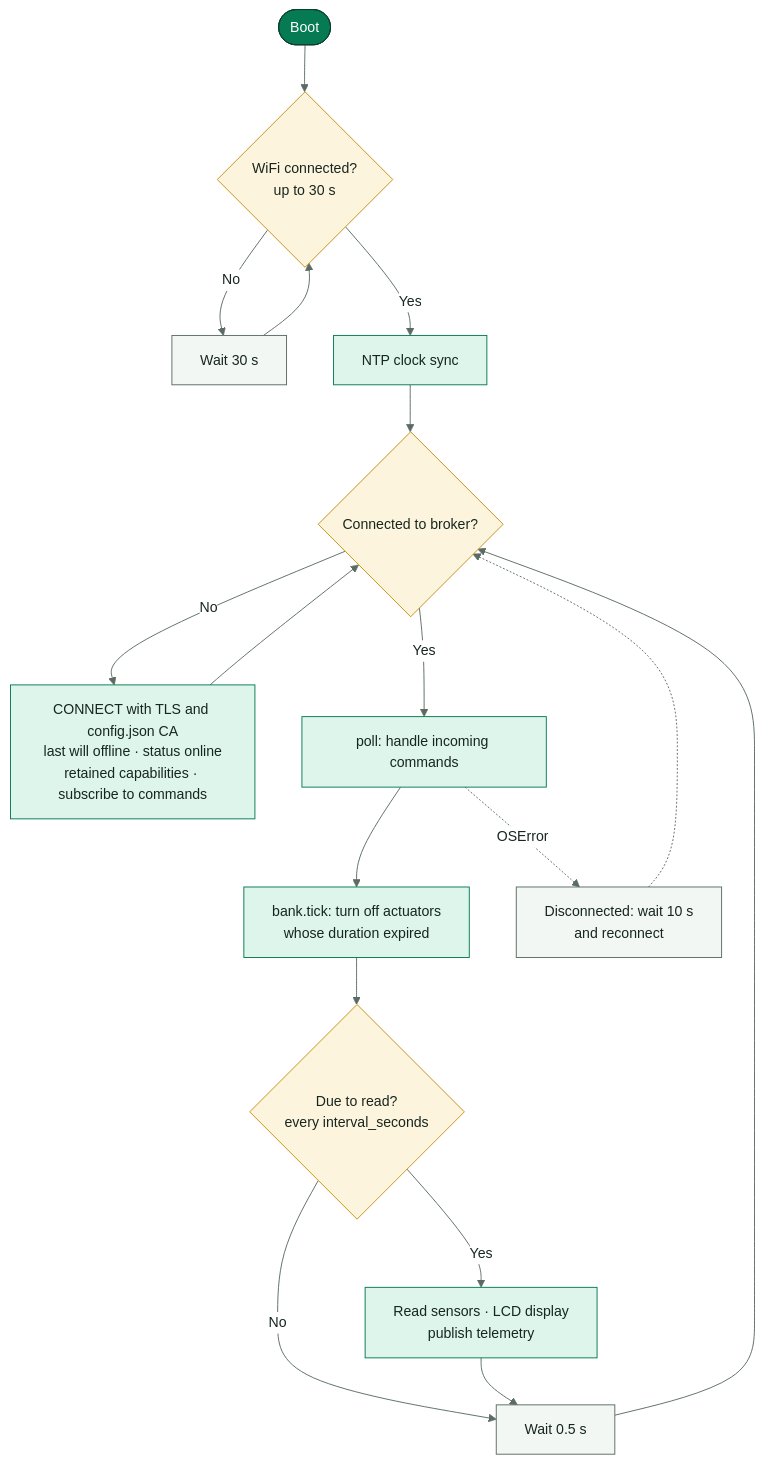
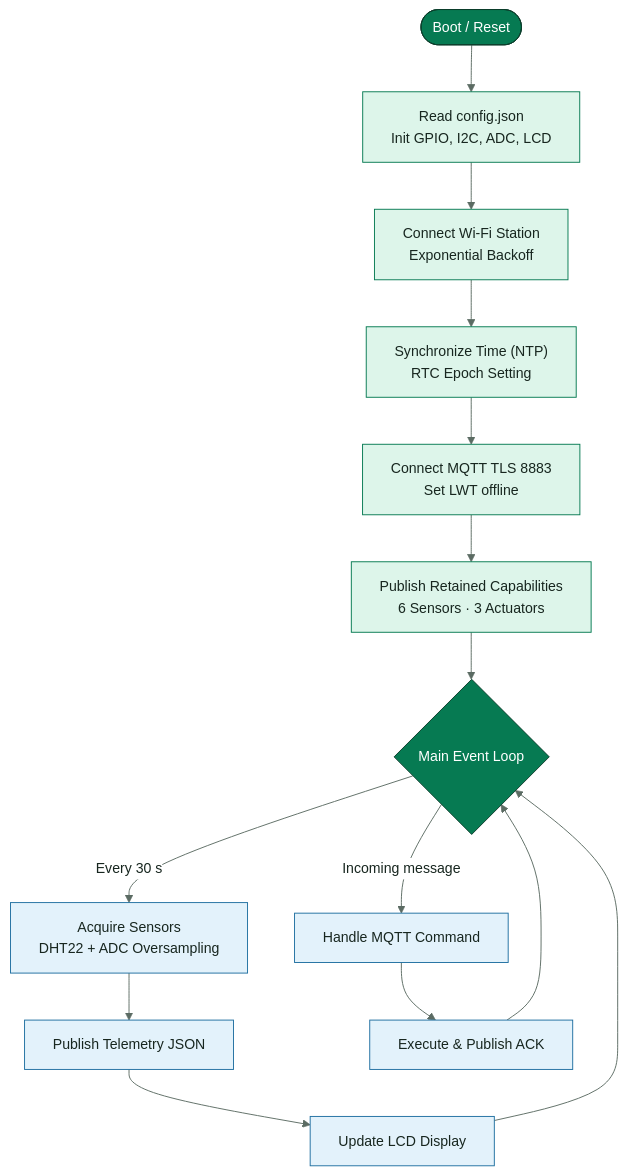
Before and after one commit to SmartPotTech/SmartPot-IoT-Python: the second of 3 diagrams in docs/SmartPot_IoT_Documentation.md, drawn with Mermaid. The commit also changed other lines of this file and 12 other files, not shown here.

Commit message:
docs(specs): synchronize 100% english documentation, diagrams, and formal deliverables

````diff
--- a/docs/SmartPot_IoT_Documentation.md
+++ b/docs/SmartPot_IoT_Documentation.md
@@ -102,28 +86,23 @@
 ```mermaid
 %%{init: {"theme": "base", "fontFamily": "Segoe UI, Arial, sans-serif", "themeVariables": {"fontFamily": "Segoe UI, Arial, sans-serif", "fontSize": "15px", "primaryColor": "#DDF5EA", "primaryTextColor": "#17261F", "primaryBorderColor": "#067A52", "secondaryColor": "#E3F2FB", "secondaryTextColor": "#17261F", "secondaryBorderColor": "#1F6FA0", "tertiaryColor": "#F2F7F4", "tertiaryTextColor": "#17261F", "tertiaryBorderColor": "#D5E3DC", "lineColor": "#5B6B63", "textColor": "#17261F", "mainBkg": "#DDF5EA", "nodeBorder": "#067A52", "clusterBkg": "#F7FAF8", "clusterBorder": "#D5E3DC", "edgeLabelBackground": "#FFFFFF", "actorBkg": "#067A52", "actorBorder": "#0B3D2B", "actorTextColor": "#FFFFFF", "actorLineColor": "#5B6B63", "signalColor": "#17261F", "signalTextColor": "#17261F", "labelBoxBkgColor": "#0B3D2B", "labelBoxBorderColor": "#0B3D2B", "labelTextColor": "#FFFFFF", "loopTextColor": "#0B3D2B", "noteBkgColor": "#FDF4DD", "noteBorderColor": "#C98D12", "noteTextColor": "#17261F", "activationBkgColor": "#DDF5EA", "activationBorderColor": "#067A52", "attributeBackgroundColorOdd": "#FFFFFF", "attributeBackgroundColorEven": "#F2F7F4"}}}%%
 flowchart TB
-  boot(["Boot"]) --> wifi{"WiFi connected?<br/>up to 30 s"}
-  wifi -->|"No"| wait["Wait 30 s"] --> wifi
-  wifi -->|"Yes"| ntp["NTP clock sync"]
-  ntp --> mqtt{"Connected to broker?"}
-  mqtt -->|"No"| connect["CONNECT with TLS and config.json CA<br/>last will offline · status online<br/>retained capabilities · subscribe to commands"]
-  connect --> mqtt
-  mqtt -->|"Yes"| poll["poll: handle incoming commands"]
-  poll --> tick["bank.tick: turn off actuators<br/>whose duration expired"]
-  tick --> due{"Due to read?<br/>every interval_seconds"}
-  due -->|"Yes"| read["Read sensors · LCD display<br/>publish telemetry"]
-  due -->|"No"| sleep["Wait 0.5 s"]
-  read --> sleep --> mqtt
-  poll -.->|"OSError"| lost["Disconnected: wait 10 s<br/>and reconnect"] -.-> mqtt
+  start(["Boot / Reset"]) --> init["Read config.json<br/>Init GPIO, I2C, ADC, LCD"]
+  init --> wifi["Connect Wi-Fi Station<br/>Exponential Backoff"]
+  wifi --> ntp["Synchronize Time (NTP)<br/>RTC Epoch Setting"]
+  ntp --> mqtt["Connect MQTT TLS 8883<br/>Set LWT offline"]
+  mqtt --> caps["Publish Retained Capabilities<br/>6 Sensors · 3 Actuators"]
+  caps --> loop{"Main Event Loop"}
+  loop -->|"Every 30 s"| read["Acquire Sensors<br/>DHT22 + ADC Oversampling"]
+  read --> pub["Publish Telemetry JSON"]
+  pub --> lcd["Update LCD Display"]
+  loop -->|"Incoming message"| msg["Handle MQTT Command"]
+  msg --> ack["Execute & Publish ACK"]
+  ack --> loop
+  lcd --> loop
+  classDef core fill:#067A52,stroke:#0B3D2B,color:#FFFFFF
   classDef leaf fill:#DDF5EA,stroke:#067A52,color:#17261F
   classDef water fill:#E3F2FB,stroke:#1F6FA0,color:#17261F
-  classDef sun fill:#FDF4DD,stroke:#C98D12,color:#17261F
-  classDef clay fill:#FBE9E1,stroke:#B85A38,color:#17261F
-  classDef core fill:#067A52,stroke:#0B3D2B,color:#FFFFFF
-  classDef deep fill:#0B3D2B,stroke:#06281C,color:#FFFFFF
-  classDef muted fill:#F2F7F4,stroke:#5B6B63,color:#17261F
-  class boot core
-  class wifi,mqtt,due sun
-  class wait,sleep,lost muted
-  class ntp,connect,poll,tick,read leaf
+  class start,loop core
+  class init,wifi,ntp,mqtt,caps leaf
+  class read,pub,lcd,msg,ack water
 ```
````
